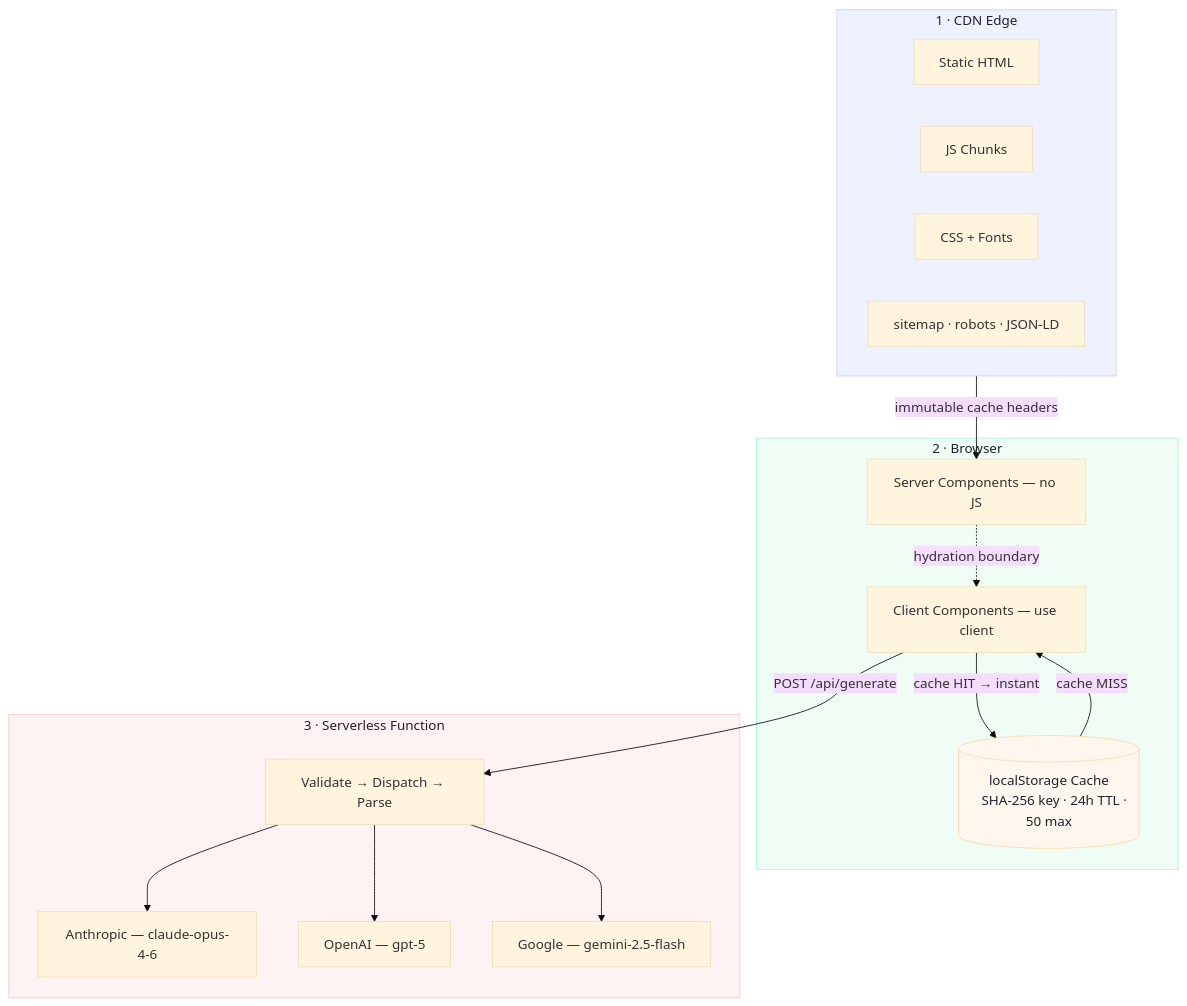
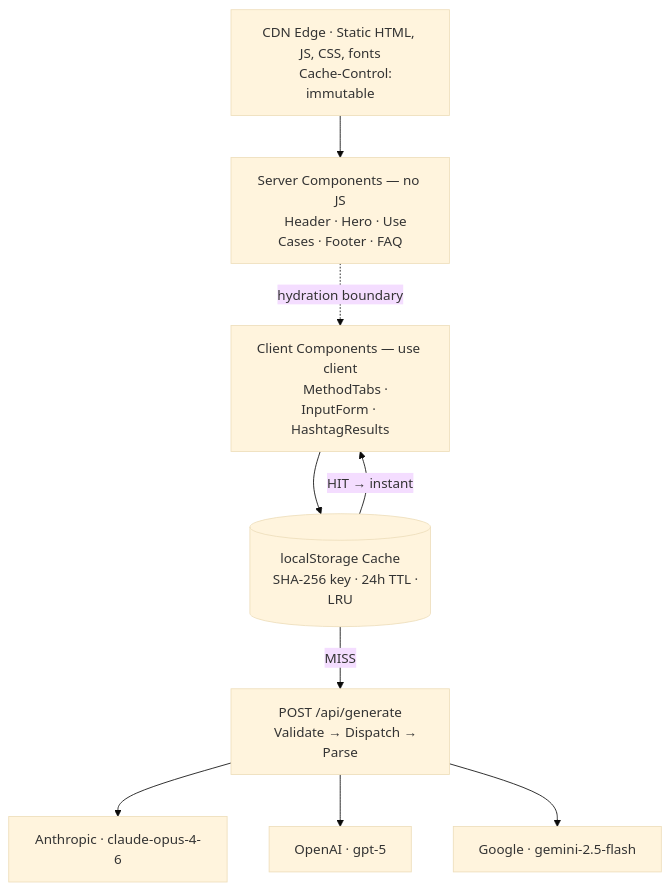
The diagram in README.md (kalebjdavenport/HashtagGeneratorPro), drawn with Mermaid (base theme) before and after one commit.

Commit message:
Simplify Mermaid diagram to flat vertical layout

````diff
--- a/README.md
+++ b/README.md
@@ -65,37 +65,21 @@
 ```mermaid
 flowchart TD
-    subgraph CDN["1 · CDN Edge"]
-        direction LR
-        HTML[Static HTML]
-        JS[JS Chunks]
-        CSS[CSS + Fonts]
-        SEO[sitemap · robots · JSON-LD]
-    end
-
-    CDN -- "immutable cache headers" --> Static
-
-    subgraph Client["2 · Browser"]
-        Static[Server Components — no JS]
-        Static -. "hydration boundary" .-> Interactive
-        Interactive[Client Components — use client]
-        Interactive -- "cache HIT → instant" --> Cache
-        Cache -- "cache MISS" --> Interactive
-    end
-
+    CDN["CDN Edge · Static HTML, JS, CSS, fonts
+    Cache-Control: immutable"]
+    CDN --> Static
+    Static["Server Components — no JS
+    Header · Hero · Use Cases · Footer · FAQ"]
+    Static -. hydration boundary .-> Interactive
+    Interactive["Client Components — use client
+    MethodTabs · InputForm · HashtagResults"]
+    Interactive --> Cache
     Cache[("localStorage Cache
-    SHA-256 key · 24h TTL · 50 max")]
-
-    Interactive -- "POST /api/generate" --> Route
-
-    subgraph Server["3 · Serverless Function"]
-        Route[Validate → Dispatch → Parse]
-        Route --> Claude["Anthropic — claude-opus-4-6"]
-        Route --> GPT["OpenAI — gpt-5"]
-        Route --> Gemini["Google — gemini-2.5-flash"]
-    end
-
-    style CDN fill:#eef2ff,stroke:#c7d2fe,color:#1e2330
-    style Client fill:#f0fdf4,stroke:#a7f3d0,color:#1e2330
-    style Server fill:#fef2f2,stroke:#fecaca,color:#1e2330
-    style Cache fill:#fff7ed,stroke:#fed7aa,color:#1e2330
+    SHA-256 key · 24h TTL · LRU")]
+    Cache -- HIT → instant --> Interactive
+    Cache -- MISS --> Route
+    Route["POST /api/generate
+    Validate → Dispatch → Parse"]
+    Route --> Claude[Anthropic · claude-opus-4-6]
+    Route --> GPT[OpenAI · gpt-5]
+    Route --> Gemini[Google · gemini-2.5-flash]
 ```
````
